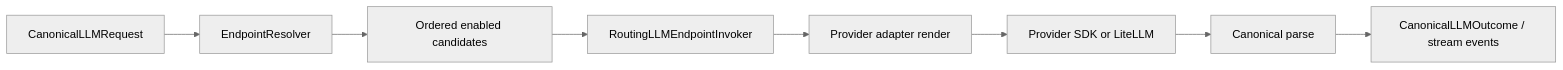
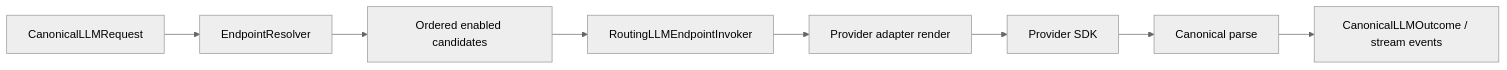
One commit to OtakuNathan/Pal changed the diagram in docs/pal_llm_contract.md. Above: the diagram before and after it, drawn with Mermaid (neutral theme). The commit also changed other lines of this file and 84 other files, not shown here.

````diff
--- a/docs/pal_llm_contract.md
+++ b/docs/pal_llm_contract.md
@@ -101,10 +101,10 @@
 ```mermaid
 flowchart LR
     REQ["CanonicalLLMRequest"] --> RESOLVE["EndpointResolver"]
     RESOLVE --> CAND["Ordered enabled candidates"]
     CAND --> ROUTE["RoutingLLMEndpointInvoker"]
     ROUTE --> RENDER["Provider adapter render"]
-    RENDER --> WIRE["Provider SDK or LiteLLM"]
+    RENDER --> WIRE["Provider SDK"]
     WIRE --> PARSE["Canonical parse"]
     PARSE --> OUT["CanonicalLLMOutcome / stream events"]
 ```
````
